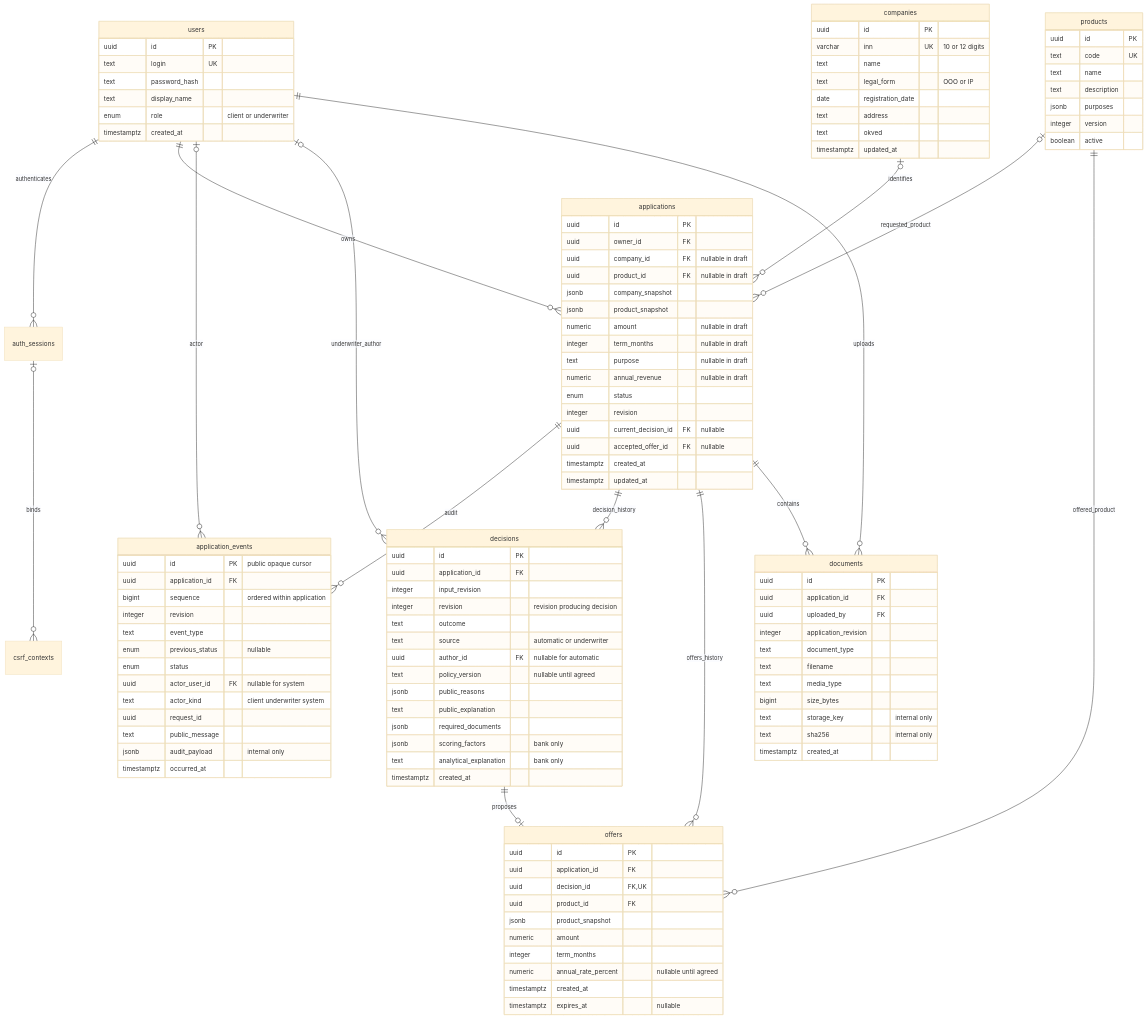
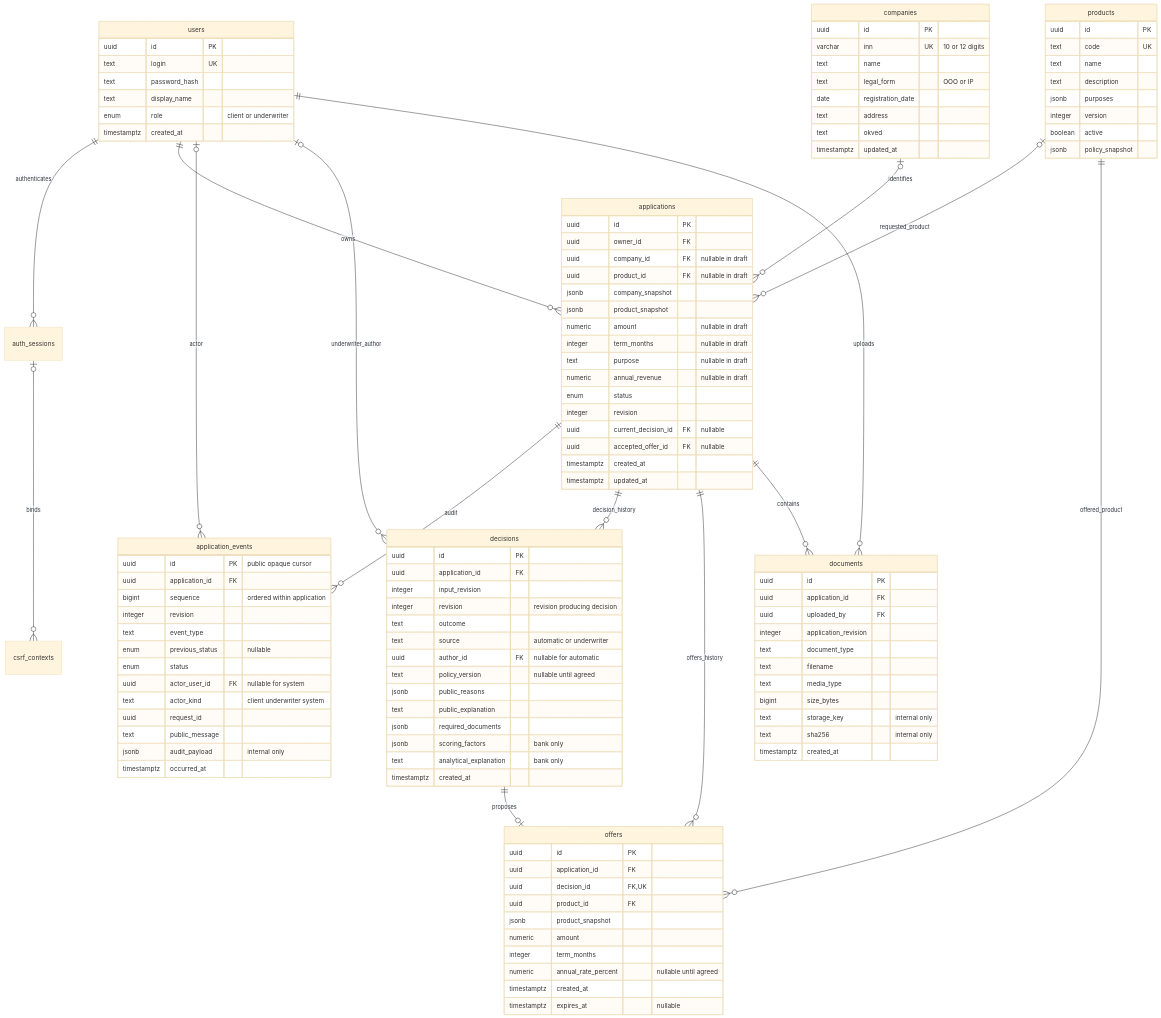
Before and after one commit to sb1nala/alfa-hack: the diagram in docs/data-model.md, drawn with Mermaid (base theme). The commit also changed other lines of this file and 24 other files, not shown here.

```diff
--- a/docs/data-model.md
+++ b/docs/data-model.md
@@ -68,6 +72,7 @@
         jsonb purposes
         integer version
         boolean active
+        jsonb policy_snapshot
     }
     applications {
         uuid id PK
```
